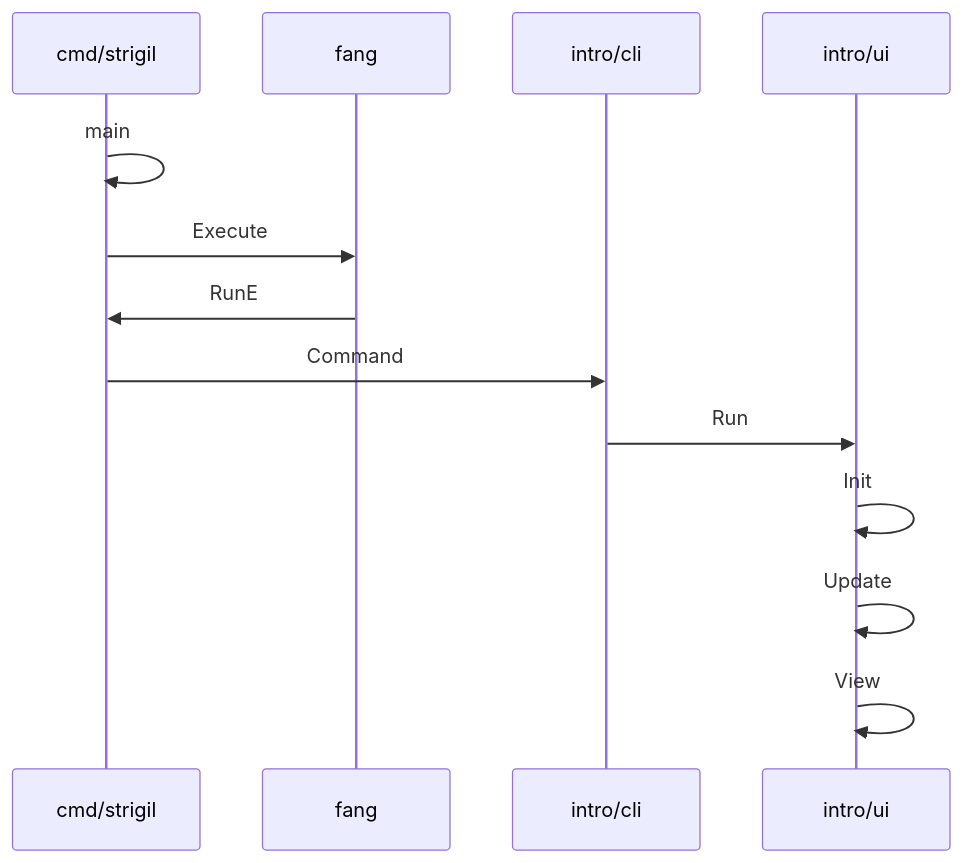
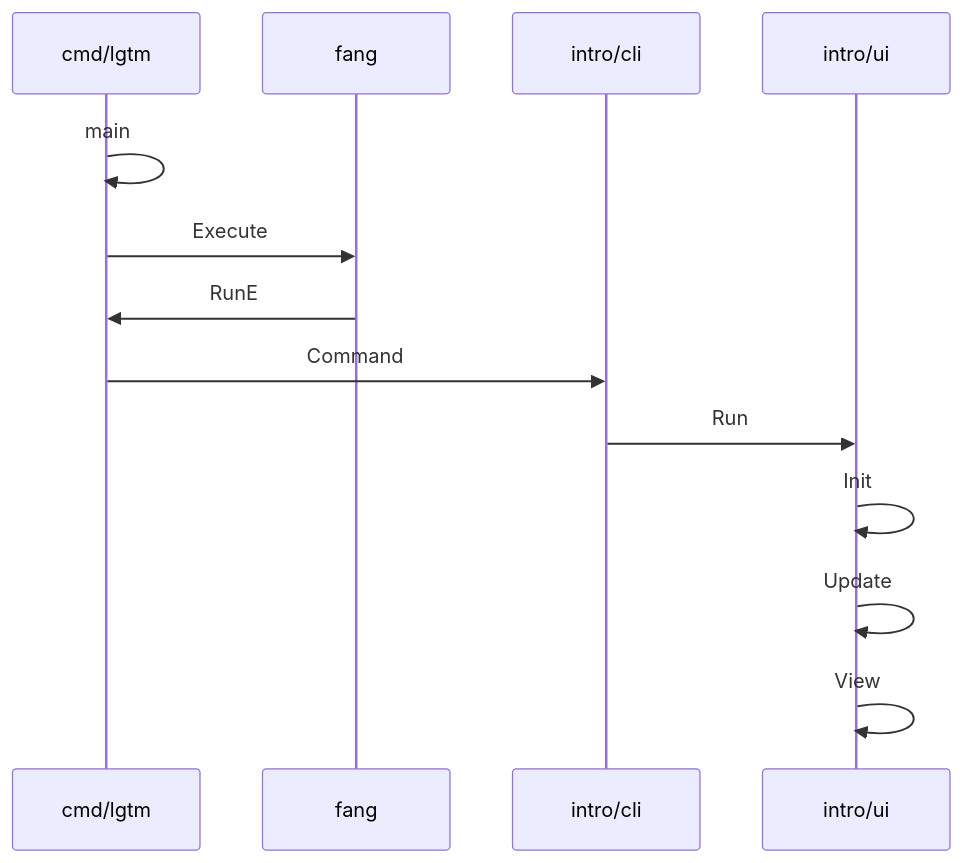
One commit to mdijkstra-oss/lgtm changed the first of 2 diagrams in internal/features/ask/docs/blocks.md. Above: the diagram before and after it, drawn with Mermaid. The commit also changed other lines of this file and 75 other files, not shown here.

````diff
--- a/internal/features/ask/docs/blocks.md
+++ b/internal/features/ask/docs/blocks.md
@@ -52,15 +52,15 @@
 ```mermaid
 sequenceDiagram
-  participant strigil as cmd/strigil
+  participant lgtm as cmd/lgtm
   participant fang
   participant cli as intro/cli
   participant ui as intro/ui
-  strigil->>strigil: main
-  strigil->>fang: Execute
-  fang->>strigil: RunE
-  strigil->>cli: Command
+  lgtm->>lgtm: main
+  lgtm->>fang: Execute
+  fang->>lgtm: RunE
+  lgtm->>cli: Command
   cli->>ui: Run
   ui->>ui: Init
   ui->>ui: Update
   ui->>ui: View
 ```
````
